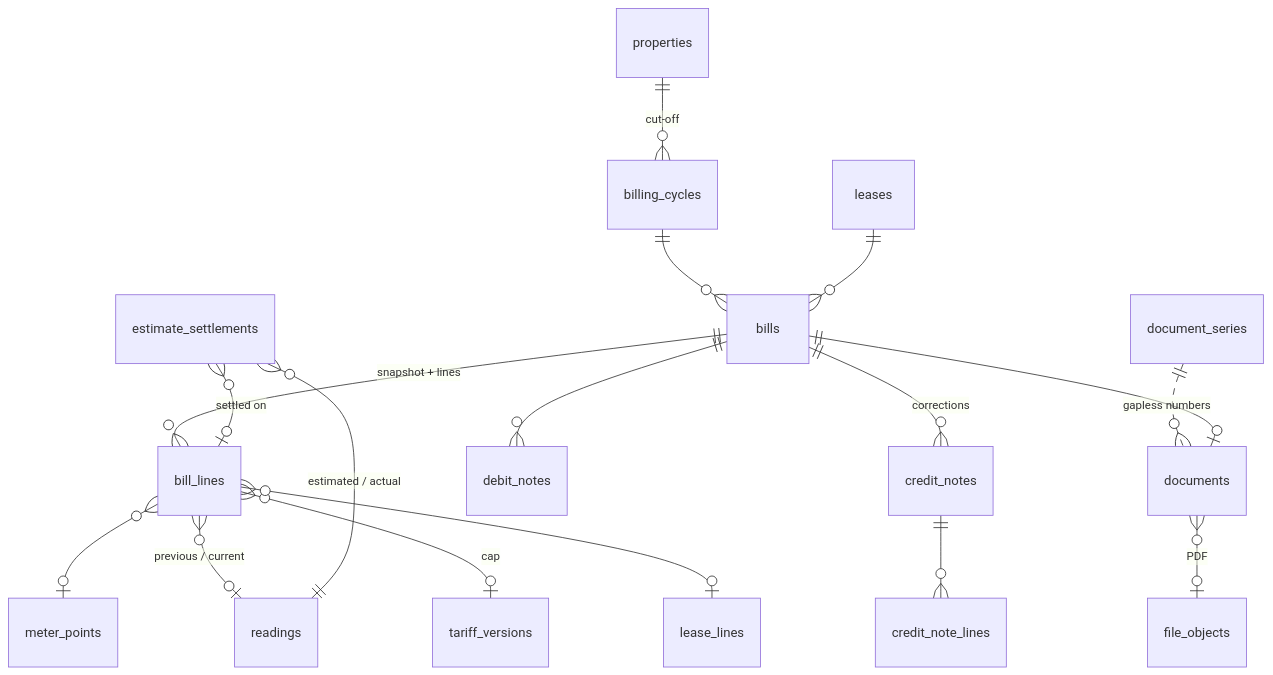
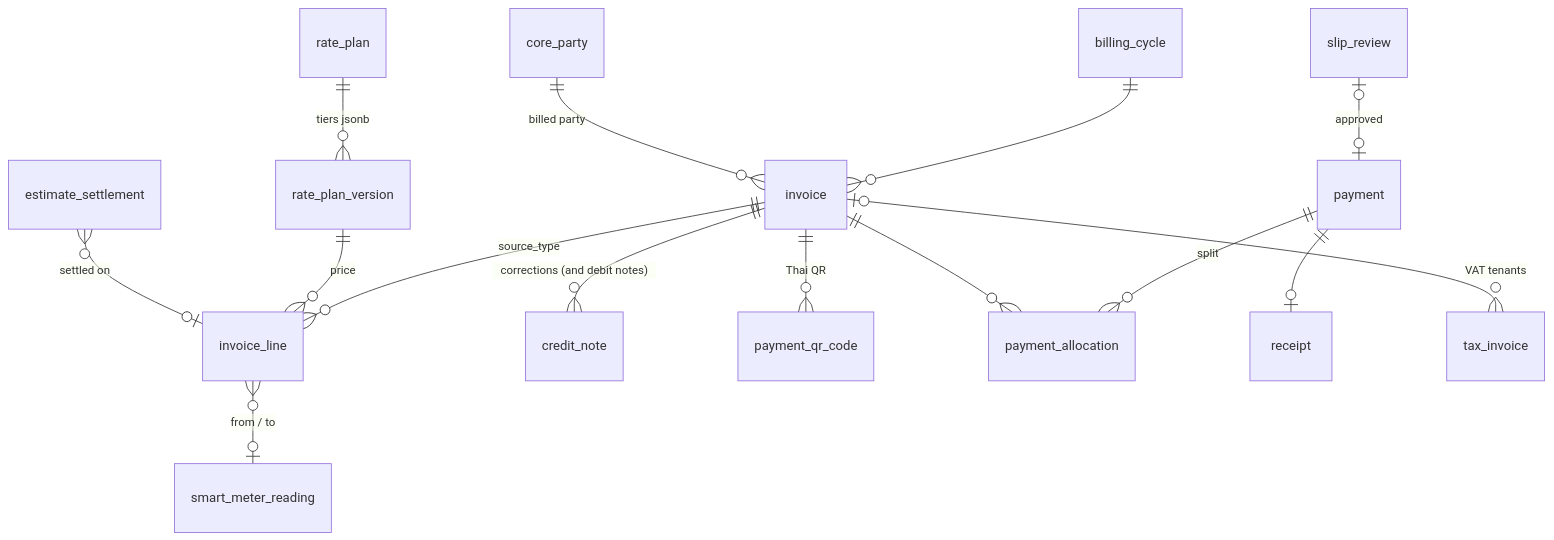
Before and after one commit to Collective-Group-Thailand/getproperty-api: the eighth of 13 diagrams in docs/schema-design.md, drawn with Mermaid. The commit also changed other lines of this file, not shown here.

First line of the commit message:
docs(schema): schema design v2 — neutral asset core, six schemas, RLS (D-150–D-161)

````diff
--- a/docs/schema-design.md
+++ b/docs/schema-design.md
@@ -1162,19 +1219,17 @@
 ```mermaid
 erDiagram
-  properties ||--o{ billing_cycles : "cut-off"
-  billing_cycles ||--o{ bills : ""
-  leases ||--o{ bills : ""
-  bills ||--o{ bill_lines : "snapshot + lines"
-  bill_lines }o--o| meter_points : ""
-  bill_lines }o--o| readings : "previous / current"
-  bill_lines }o--o| tariff_versions : "cap"
-  bill_lines }o--o| lease_lines : ""
-  bills ||--o{ credit_notes : "corrections"
-  bills ||--o{ debit_notes : ""
-  credit_notes ||--o{ credit_note_lines : ""
-  estimate_settlements }o--|| readings : "estimated / actual"
-  estimate_settlements }o--o| bill_lines : "settled on"
-  document_series ||..o{ documents : "gapless numbers"
-  documents }o--o| file_objects : "PDF"
-  bills ||--o| documents : ""
+  rate_plan ||--o{ rate_plan_version : "tiers jsonb"
+  billing_cycle ||--o{ invoice : ""
+  core_party ||--o{ invoice : "billed party"
+  invoice ||--o{ invoice_line : "source_type"
+  rate_plan_version ||--o{ invoice_line : "price"
+  invoice_line }o--o| smart_meter_reading : "from / to"
+  invoice ||--o{ credit_note : "corrections (and debit notes)"
+  estimate_settlement }o--o| invoice_line : "settled on"
+  invoice ||--o{ payment_qr_code : "Thai QR"
+  payment ||--o{ payment_allocation : "split"
+  invoice ||--o{ payment_allocation : ""
+  slip_review |o--o| payment : "approved"
+  payment ||--o| receipt : ""
+  invoice |o--o{ tax_invoice : "VAT tenants"
 ```
````
